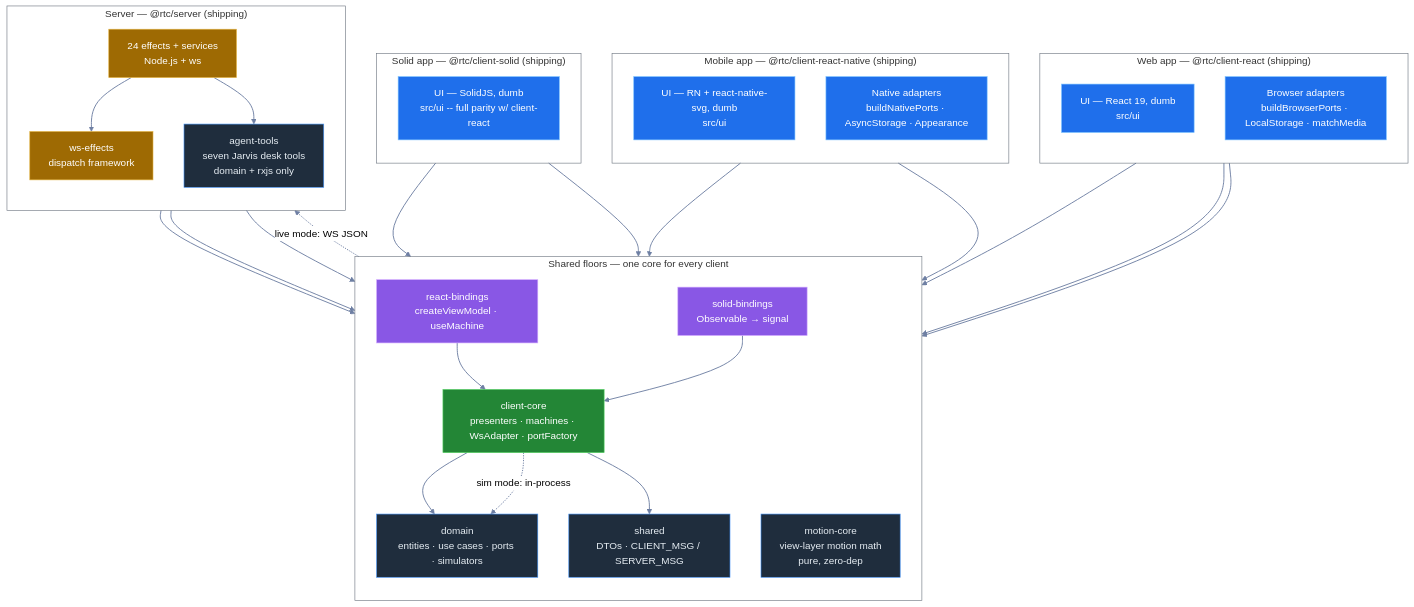
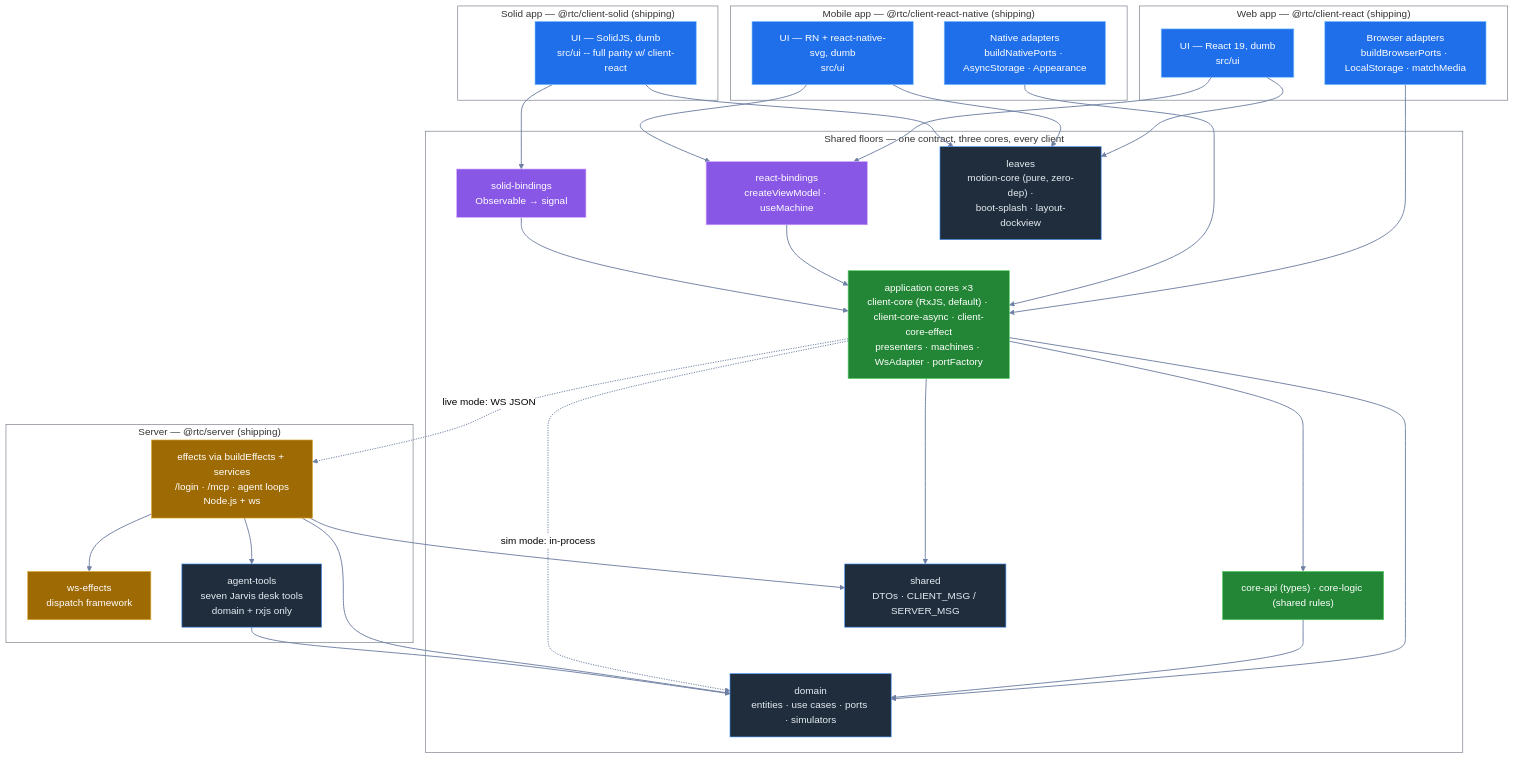
The diagram in docs/architecture/13-codebase-map.md (bettersoftware-io/ReactiveTraderCloudClone), drawn with Mermaid (neutral theme) before and after one commit. The commit also changed other lines of this file, not shown here.

First line of the commit message:
docs(architecture): codebase map covers all 25 packages

````diff
--- a/docs/architecture/13-codebase-map.md
+++ b/docs/architecture/13-codebase-map.md
@@ -11,67 +11,66 @@
 ```mermaid
 flowchart TB
     subgraph WebApp["Web app — @rtc/client-react (shipping)"]
-        direction TB
         webUi["UI — React 19, dumb<br/>src/ui"]:::ui
         webAdapt["Browser adapters<br/>buildBrowserPorts · LocalStorage · matchMedia"]:::ui
     end
 
     subgraph MobileApp["Mobile app — @rtc/client-react-native (shipping)"]
-        direction TB
         rnUi["UI — RN + react-native-svg, dumb<br/>src/ui"]:::ui
         rnAdapt["Native adapters<br/>buildNativePorts · AsyncStorage · Appearance"]:::ui
     end
 
     subgraph SolidApp["Solid app — @rtc/client-solid (shipping)"]
-        direction TB
         solidUi["UI — SolidJS, dumb<br/>src/ui -- full parity w/ client-react"]:::ui
     end
 
-    subgraph SharedFloors["Shared floors — one core for every client"]
-        direction TB
+    subgraph SharedFloors["Shared floors — one contract, three cores, every client"]
         rb["react-bindings<br/>createViewModel · useMachine"]:::bridge
         sb["solid-bindings<br/>Observable → signal"]:::bridge
-        core["client-core<br/>presenters · machines · WsAdapter · portFactory"]:::core
+        core["application cores ×3<br/>client-core (RxJS, default) · client-core-async · client-core-effect<br/>presenters · machines · WsAdapter · portFactory"]:::core
+        api["core-api (types) · core-logic (shared rules)"]:::core
         domain["domain<br/>entities · use cases · ports · simulators"]:::domain
         shared["shared<br/>DTOs · CLIENT_MSG / SERVER_MSG"]:::domain
-        motion["motion-core<br/>view-layer motion math<br/>pure, zero-dep"]:::domain
+        motion["leaves<br/>motion-core (pure, zero-dep) ·<br/>boot-splash · layout-dockview"]:::domain
     end
 
     subgraph Server["Server — @rtc/server (shipping)"]
-        direction TB
-        srv["24 effects + services<br/>Node.js + ws"]:::server
+        srv["effects via buildEffects + services<br/>/login · /mcp · agent loops<br/>Node.js + ws"]:::server
         wse["ws-effects<br/>dispatch framework"]:::server
         agt["agent-tools<br/>seven Jarvis desk tools<br/>domain + rxjs only"]:::domain
     end
 
     webUi --> rb
     webUi --> motion
     webAdapt --> core
     rnUi --> rb
+    rnUi --> motion
     rnAdapt --> core
     solidUi --> sb
     solidUi --> motion
     rb --> core
     sb --> core
+    core --> api
     core --> domain
     core --> shared
+    api --> domain
     core -. "live mode: WS JSON" .-> srv
     core -. "sim mode: in-process" .-> domain
     srv --> wse
     srv --> agt
     srv --> domain
     srv --> shared
     agt --> domain
 
     classDef ui fill:#1f6feb,stroke:#79c0ff,color:#ffffff
     classDef bridge fill:#8957e5,stroke:#d2a8ff,color:#ffffff
     classDef core fill:#238636,stroke:#56d364,color:#ffffff
     classDef server fill:#9e6a03,stroke:#e3b341,color:#ffffff
     classDef domain fill:#1f2d3d,stroke:#4493f8,color:#e6edf3
     style WebApp fill:transparent,stroke:#6e7681
     style MobileApp fill:transparent,stroke:#6e7681
     style SolidApp fill:transparent,stroke:#6e7681
     style SharedFloors fill:transparent,stroke:#6e7681
     style Server fill:transparent,stroke:#6e7681
     linkStyle default stroke:#6e7fa3,stroke-width:1.5px
 ```
````
